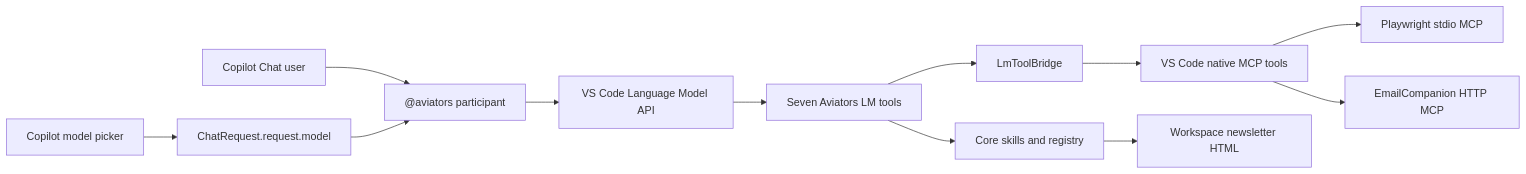
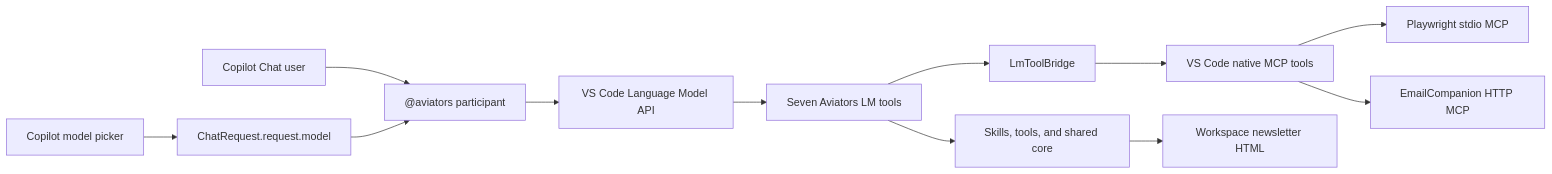
Before and after one commit to wsilveiranz/aviators-code-agent: the first of 3 diagrams in ARCHITECTURE.md, drawn with Mermaid. The commit also changed other lines of this file and 33 other files, not shown here.

````diff
--- a/ARCHITECTURE.md
+++ b/ARCHITECTURE.md
@@ -7,14 +7,14 @@
 ```mermaid
 flowchart LR
     User[Copilot Chat user] --> Participant["@aviators participant"]
     Picker[Copilot model picker] --> RequestModel["ChatRequest.request.model"]
     RequestModel --> Participant
     Participant --> LM["VS Code Language Model API"]
     LM --> LocalTools["Seven Aviators LM tools"]
-    LocalTools --> Core["Core skills and registry"]
+    LocalTools --> Core["Skills, tools, and shared core"]
     LocalTools --> Bridge["LmToolBridge"]
     Bridge --> NativeMCP["VS Code native MCP tools"]
     NativeMCP --> Playwright["Playwright stdio MCP"]
     NativeMCP --> Email["EmailCompanion HTTP MCP"]
     Core --> Output["Workspace newsletter HTML"]
 ```
````
